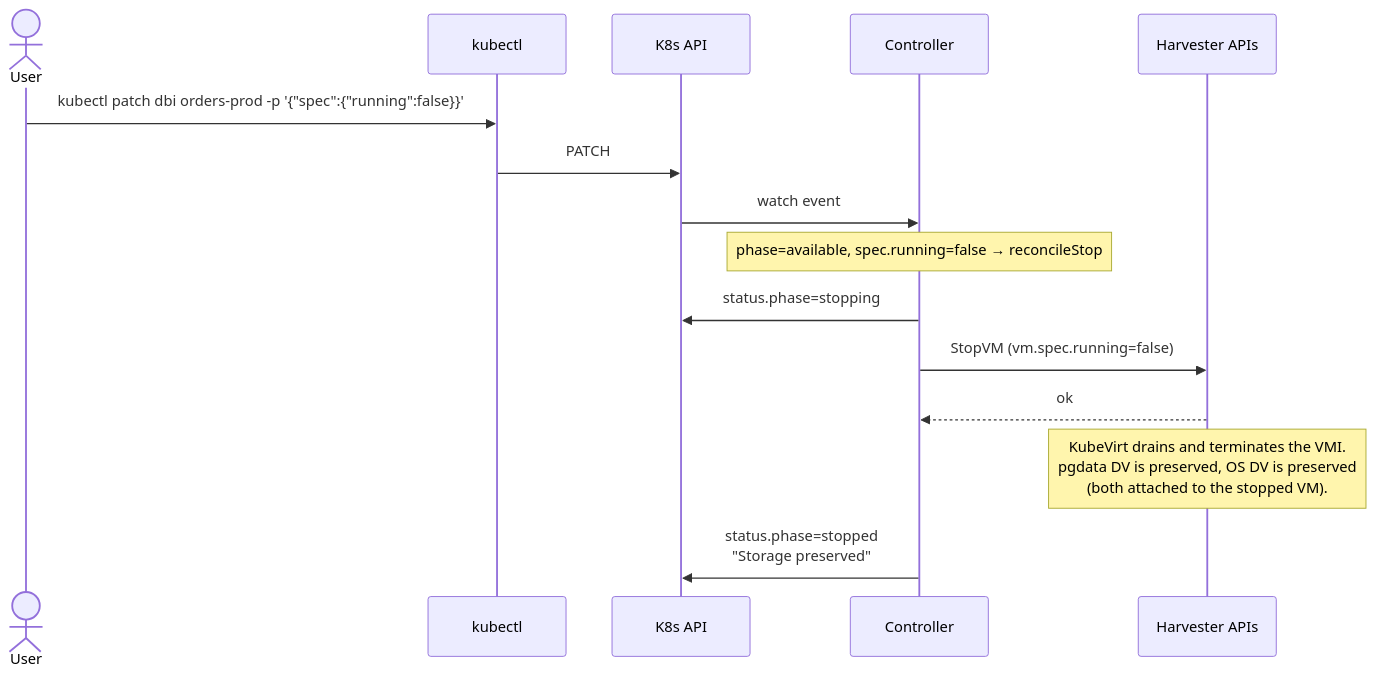
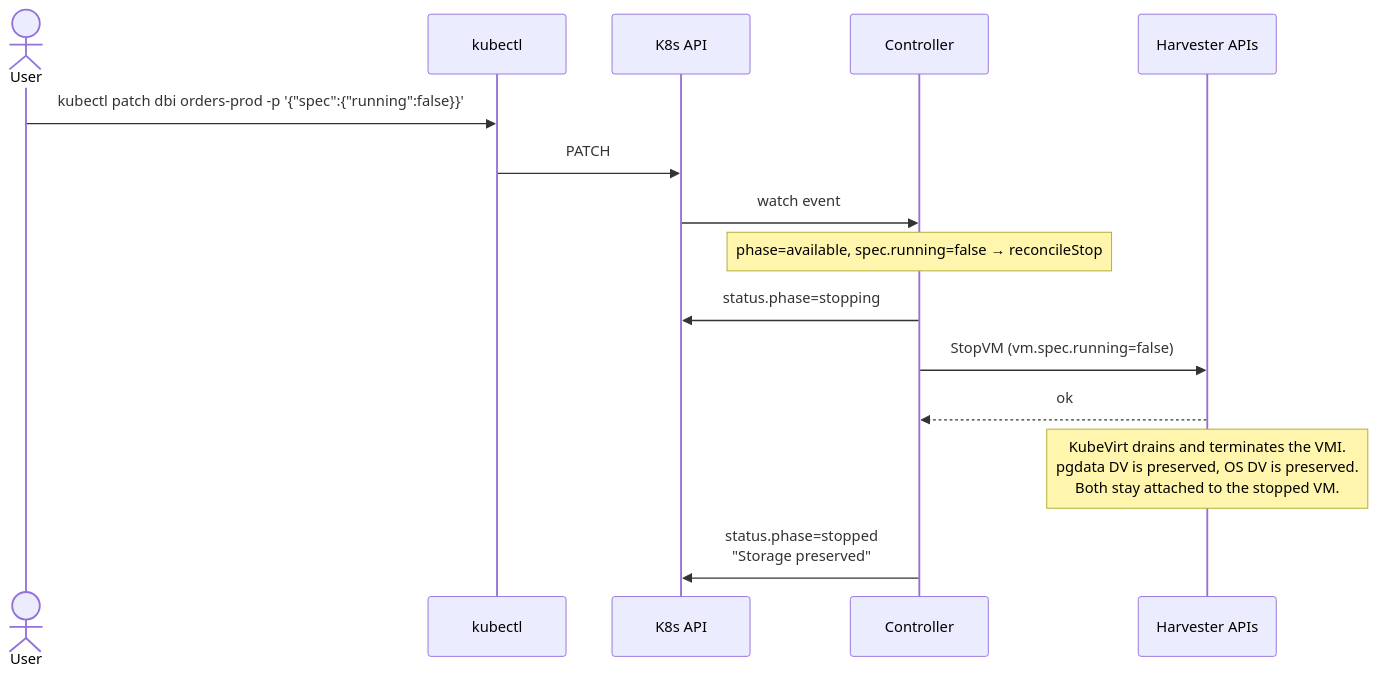
Before and after one commit to gnudeep/ocd-dbaas: the fifth of 8 diagrams in docs/interactions.md, drawn with Mermaid. The commit also changed other lines of this file, not shown here.

First line of the commit message:
Strip parens and semicolons from Mermaid Note text

````diff
--- a/docs/interactions.md
+++ b/docs/interactions.md
@@ -251,18 +251,18 @@
 ```mermaid
 sequenceDiagram
     actor User
     participant CLI as kubectl
     participant API as K8s API
     participant CTL as Controller
     participant H as Harvester APIs
 
     User->>CLI: kubectl patch dbi orders-prod -p '{"spec":{"running":false}}'
     CLI->>API: PATCH
     API->>CTL: watch event
     Note over CTL: phase=available, spec.running=false → reconcileStop
     CTL->>API: status.phase=stopping
     CTL->>H: StopVM (vm.spec.running=false)
     H-->>CTL: ok
-    Note over H: KubeVirt drains and terminates the VMI.<br/>pgdata DV is preserved, OS DV is preserved<br/>(both attached to the stopped VM).
+    Note over H: KubeVirt drains and terminates the VMI.<br/>pgdata DV is preserved, OS DV is preserved.<br/>Both stay attached to the stopped VM.
     CTL->>API: status.phase=stopped<br/>"Storage preserved"
 ```
````
